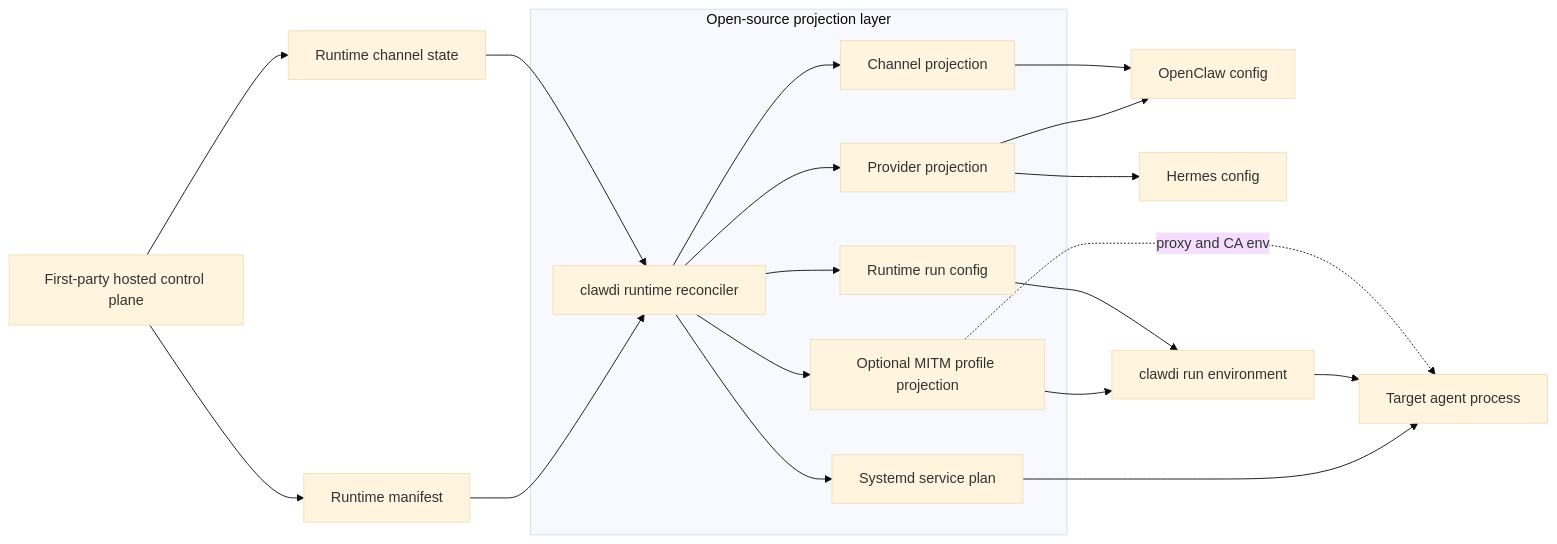
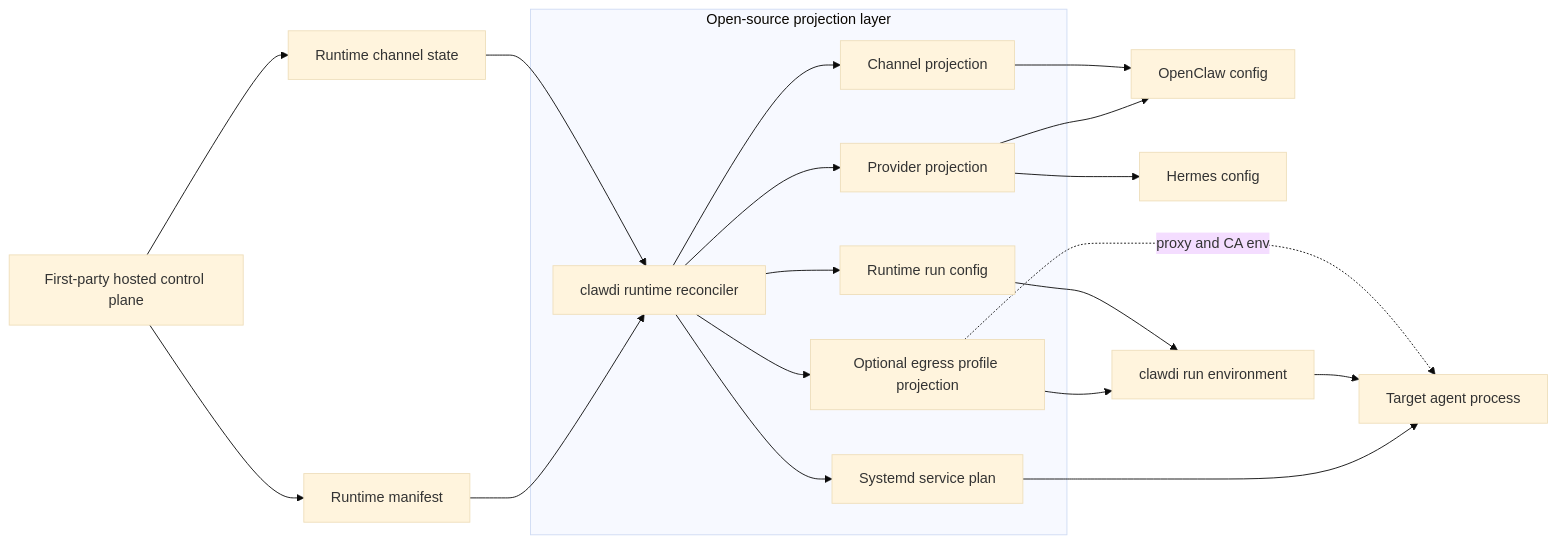
Before and after one commit to Clawdi-AI/clawdi: the diagram in docs/plans/runtime-projection-boundary.md, drawn with Mermaid (base theme). The commit also changed other lines of this file and 54 other files, not shown here.

Commit message:
Rename runtime MITM surface to egress sidecar

````diff
--- a/docs/plans/runtime-projection-boundary.md
+++ b/docs/plans/runtime-projection-boundary.md
@@ -37,24 +37,24 @@
 ```mermaid
 flowchart LR
     ControlPlane[First-party hosted control plane] --> Manifest[Runtime manifest]
     ControlPlane --> Channels[Runtime channel state]
     Manifest --> CLI[clawdi runtime reconciler]
     Channels --> CLI
 
     subgraph Projection["Open-source projection layer"]
         CLI --> Provider[Provider projection]
         CLI --> Channel[Channel projection]
-        CLI --> Sidecar[Optional MITM profile projection]
+        CLI --> Sidecar[Optional egress profile projection]
         CLI --> RunConfig[Runtime run config]
         CLI --> SystemdPlan[Systemd service plan]
     end
 
     Provider --> OpenClaw[OpenClaw config]
     Provider --> Hermes[Hermes config]
     Channel --> OpenClaw
     Sidecar --> Runner[clawdi run environment]
     RunConfig --> Runner
     SystemdPlan --> Target
     Runner --> Target[Target agent process]
     Sidecar -. proxy and CA env .-> Target
 ```
````
